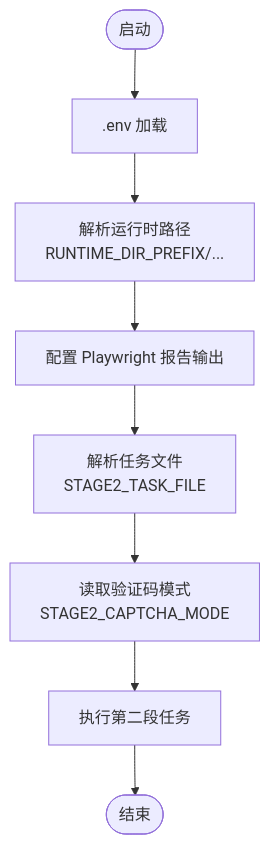
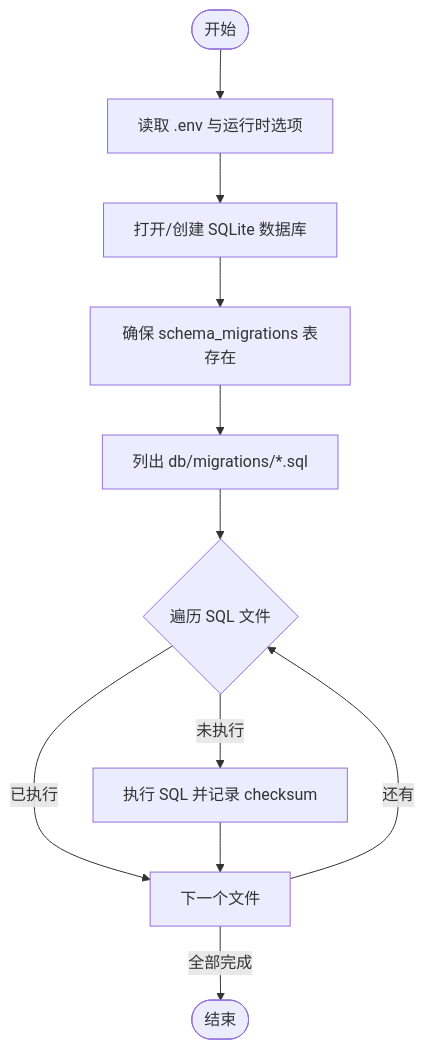
Before and after one commit to Jiane-EJ/playwright-mind: the third of 6 diagrams in .qoder/repowiki/zh/content/快速开始.md, drawn with Mermaid. The commit also changed other lines of this file and 121 other files, not shown here.

````diff
--- a/.qoder/repowiki/zh/content/快速开始.md
+++ b/.qoder/repowiki/zh/content/快速开始.md
@@ -154,10 +156,13 @@
 ```mermaid
 flowchart TD
-Start(["启动"]) --> LoadEnv[".env 加载"]
-LoadEnv --> Paths["解析运行时路径<br/>RUNTIME_DIR_PREFIX/..."]
-Paths --> Reports["配置 Playwright 报告输出"]
-Reports --> TaskFile["解析任务文件<br/>STAGE2_TASK_FILE"]
-TaskFile --> Mode["读取验证码模式<br/>STAGE2_CAPTCHA_MODE"]
-Mode --> Run["执行第二段任务"]
-Run --> End(["结束"])
+Start(["开始"]) --> LoadCfg["读取 .env 与运行时选项"]
+LoadCfg --> OpenDB["打开/创建 SQLite 数据库"]
+OpenDB --> EnsureTbl["确保 schema_migrations 表存在"]
+EnsureTbl --> ListSQL["列出 db/migrations/*.sql"]
+ListSQL --> Loop{"遍历 SQL 文件"}
+Loop --> |已执行| Next["下一个文件"]
+Loop --> |未执行| Apply["执行 SQL 并记录 checksum"]
+Apply --> Next
+Next --> |全部完成| Done(["结束"])
+Next --> |还有| Loop
 ```
````
